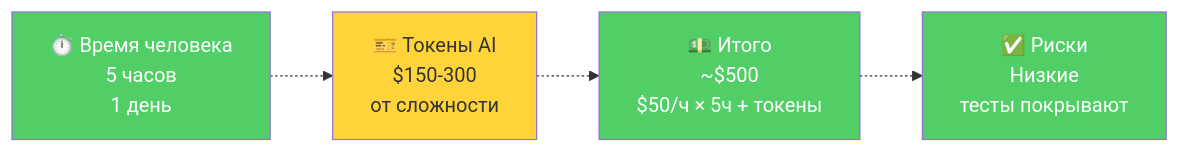
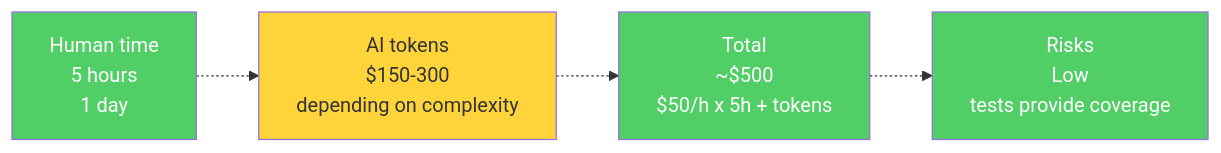
One commit to ad3002/masters-course-2025-vibe-coding changed diagram 12 of 13 in materials/workshop3.md. Above: the diagram before and after it, drawn with Mermaid. The commit also changed other lines of this file, not shown here.

````diff
--- a/materials/workshop3.md
+++ b/materials/workshop3.md
@@ -658,16 +658,16 @@
 ```mermaid
 graph LR
-    A_TIME["⏱️ Время человека<br/>5 часов<br/>1 день"]
-    A_TOKENS["🎫 Токены AI<br/>$150-300<br/>от сложности"]
-    A_COST["💵 Итого<br/>~$500<br/>$50/ч × 5ч + токены"]
-    A_RISK["✅ Риски<br/>Низкие<br/>тесты покрывают"]
+    A_TIME["Human time<br/>5 hours<br/>1 day"]
+    A_TOKENS["AI tokens<br/>$150-300<br/>depending on complexity"]
+    A_COST["Total<br/>~$500<br/>$50/h x 5h + tokens"]
+    A_RISK["Risks<br/>Low<br/>tests provide coverage"]
 
     A_TIME -.-> A_TOKENS
     A_TOKENS -.-> A_COST
     A_COST -.-> A_RISK
 
     style A_TIME fill:#51cf66,color:#fff
     style A_TOKENS fill:#ffd43b
     style A_COST fill:#51cf66,color:#fff
     style A_RISK fill:#51cf66,color:#fff
 ```
````
